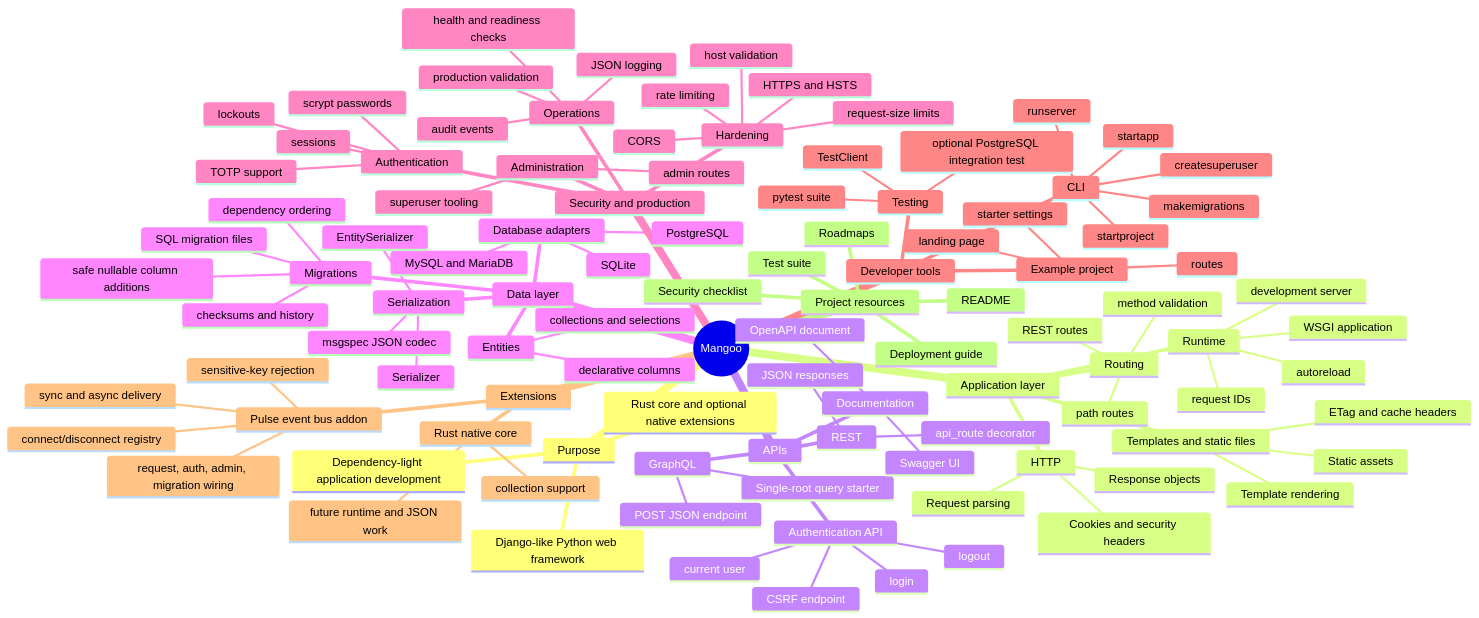
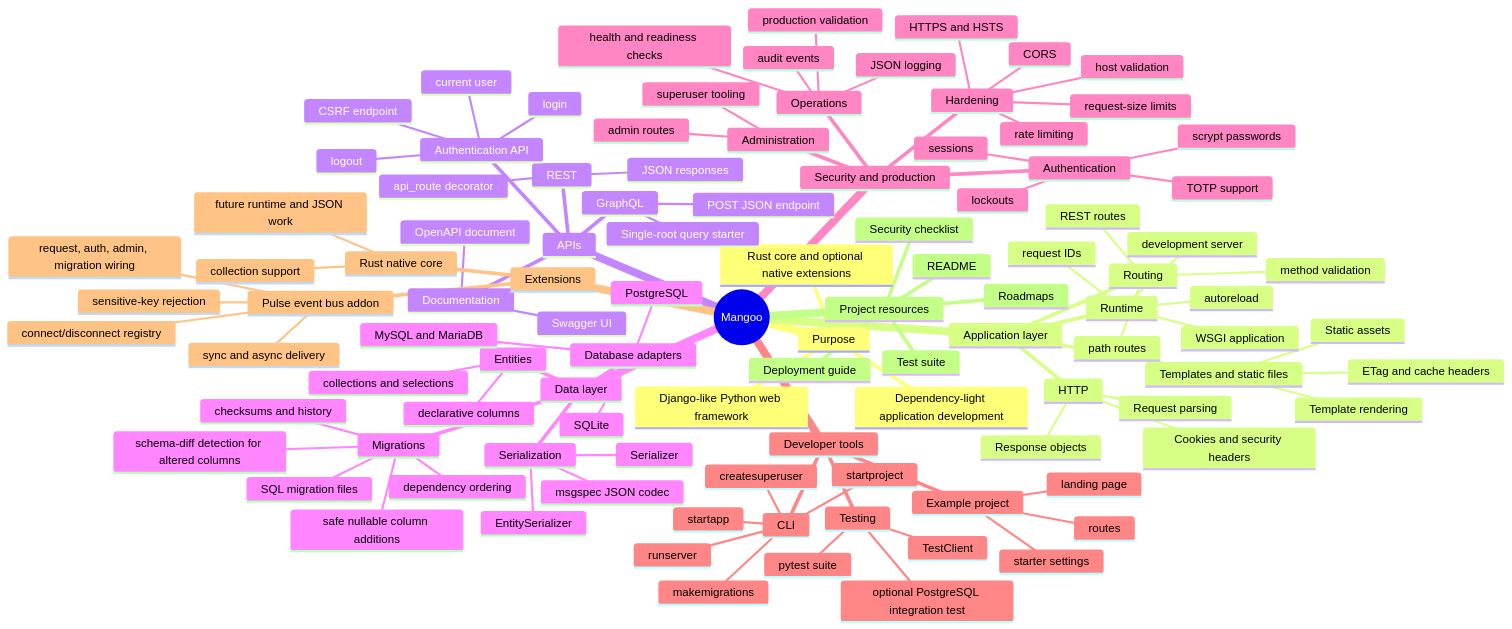
Before and after one commit to P-Sudhakar-tech/HayaVega: the diagram in PROJECT_MINDMAP.md, drawn with Mermaid. The commit also changed 4 other files, not shown here.

```diff
--- a/PROJECT_MINDMAP.md
+++ b/PROJECT_MINDMAP.md
@@ -53,6 +53,7 @@
         checksums and history
         dependency ordering
         safe nullable column additions
+        schema-diff detection for altered columns
       Serialization
         Serializer
         EntitySerializer
```
